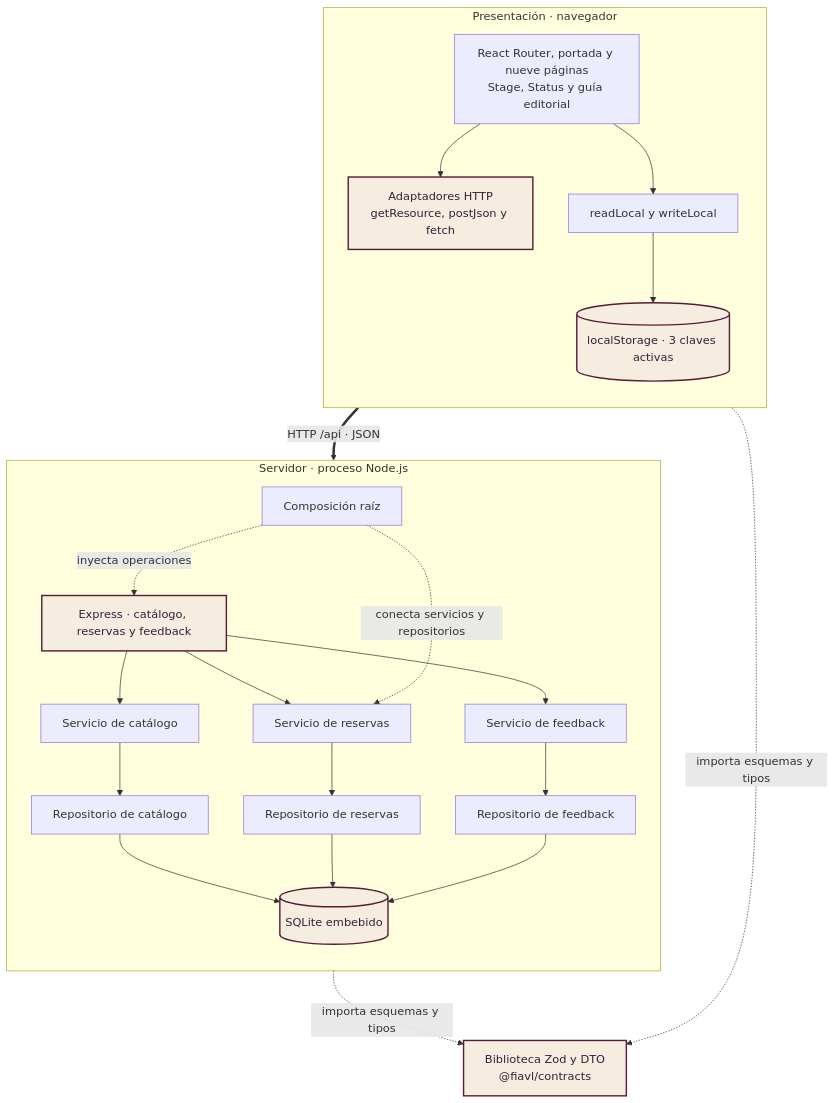
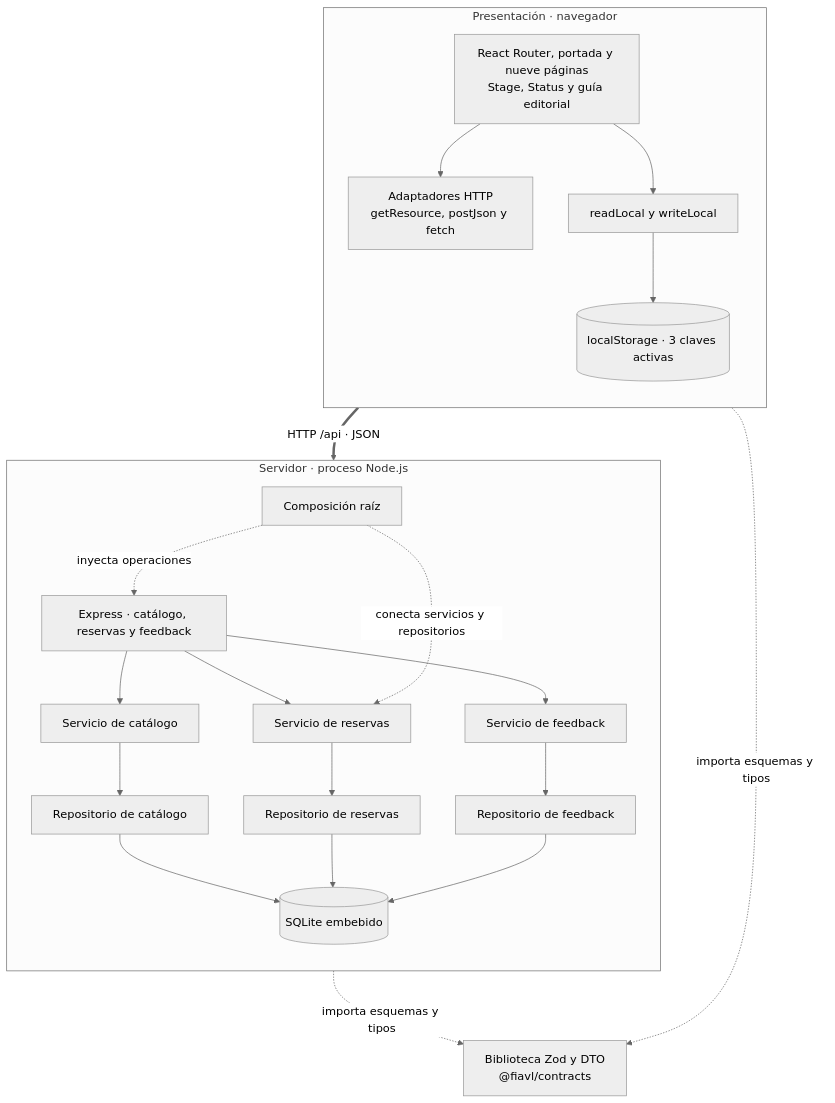
Before and after one commit to magomez36/FIAVL_Arquitectura-de-Software: the first of 2 diagrams in docs/architecture/02-vista-desarrollo.md, drawn with Mermaid. The commit also changed other lines of this file and 143 other files, not shown here.

Commit message:
docs(architecture): simplifica documentacion y corrige exportacion completa del PDF

````diff
--- a/docs/architecture/02-vista-desarrollo.md
+++ b/docs/architecture/02-vista-desarrollo.md
@@ -9,35 +9,37 @@
 ```mermaid
+---
+config:
+  theme: neutral
+---
 flowchart TB
   subgraph W["Presentación · navegador"]
     direction TB
     APP["React Router, portada y nueve páginas<br/>Stage, Status y guía editorial"]
     CLIENT["Adaptadores HTTP<br/>getResource, postJson y fetch"]
     STORE["readLocal y writeLocal"]
     LS[("localStorage · 3 claves activas")]
     APP --> CLIENT
     APP --> STORE --> LS
   end
   subgraph B["Servidor · proceso Node.js"]
     direction TB
     HT["Express · catálogo, reservas y feedback"]
     CAT["Servicio de catálogo"]
     RES["Servicio de reservas"]
     FEE["Servicio de feedback"]
     RC["Repositorio de catálogo"]
     RR["Repositorio de reservas"]
     RF["Repositorio de feedback"]
     DB[("SQLite embebido")]
     COM["Composición raíz"]
     HT --> CAT --> RC --> DB
     HT --> RES --> RR --> DB
     HT --> FEE --> RF --> DB
     COM -.->|"inyecta operaciones"| HT
     COM -.->|"conecta servicios y repositorios"| RES
   end
   Z["Biblioteca Zod y DTO<br/>@fiavl/contracts"]
   CLIENT ==>|"HTTP /api · JSON"| HT
   W -.->|"importa esquemas y tipos"| Z
   B -.->|"importa esquemas y tipos"| Z
-  classDef accent fill:#F5EDE0,stroke:#591C37,color:#302237,stroke-width:2px
-  class Z,CLIENT,HT,DB,LS accent
 ```
````
